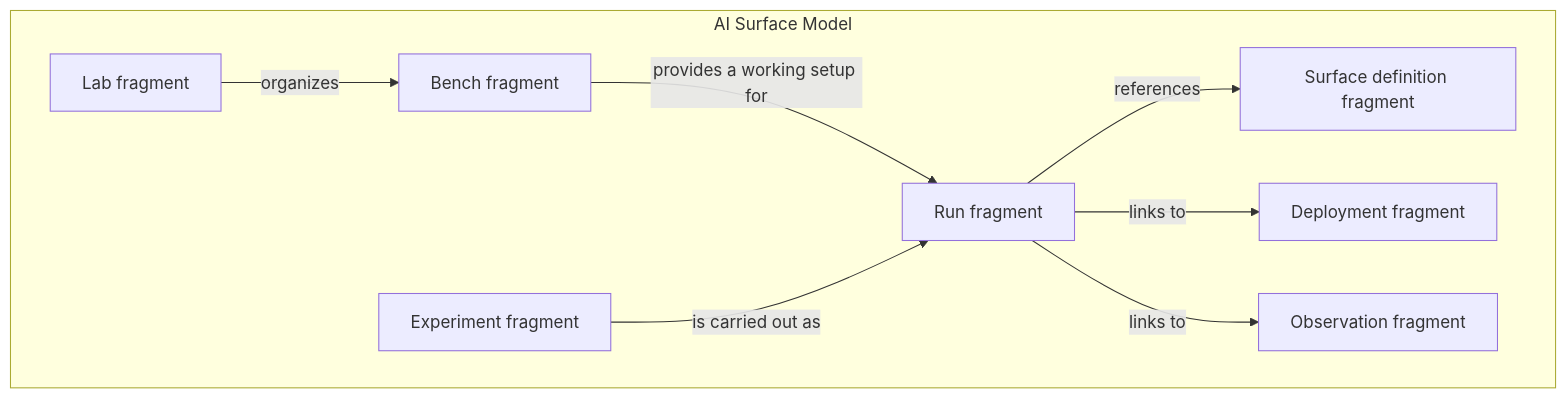
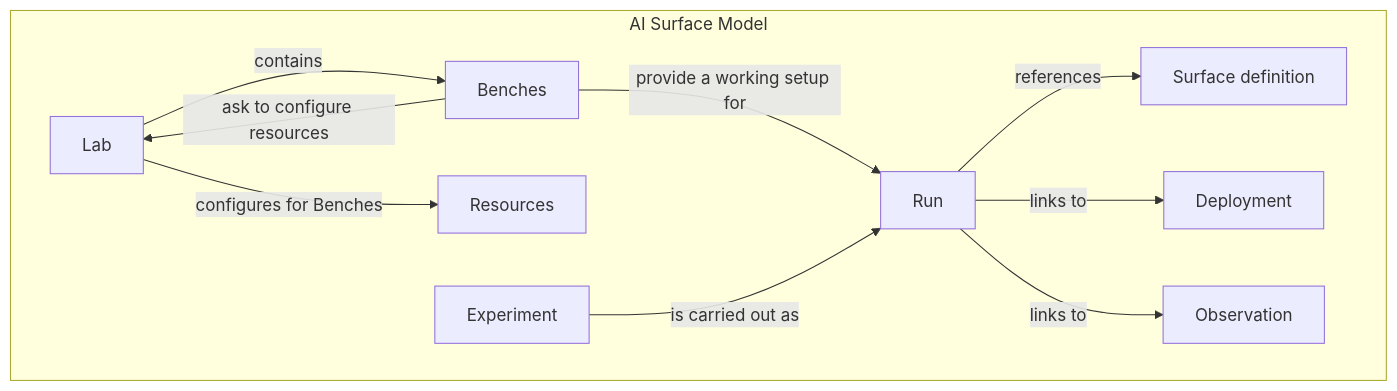
One commit to injectionator/ai-surface-model changed the diagram in models/README.md. Above: the diagram before and after it, drawn with Mermaid. The commit also changed other lines of this file and 6 other files, not shown here.

Commit message:
docs: clarify Bench requests and Lab resource configuration

````diff
--- a/models/README.md
+++ b/models/README.md
@@ -38,11 +38,13 @@
 ```mermaid
 flowchart TD
   subgraph Model[AI Surface Model]
-    Lab[Lab fragment] -->|organizes| Bench[Bench fragment]
-    Bench -->|provides a working setup for| Run[Run fragment]
-    Experiment[Experiment fragment] -->|is carried out as| Run
-    Run -->|references| Definition[Surface definition fragment]
-    Run -->|links to| Deployment[Deployment fragment]
-    Run -->|links to| Observation[Observation fragment]
+    Lab -->|contains| Benches
+    Benches -->|ask to configure resources| Lab
+    Lab -->|configures for Benches| Resources
+    Benches -->|provide a working setup for| Run
+    Experiment -->|is carried out as| Run
+    Run -->|references| Definition[Surface definition]
+    Run -->|links to| Deployment
+    Run -->|links to| Observation
   end
 ```
````
